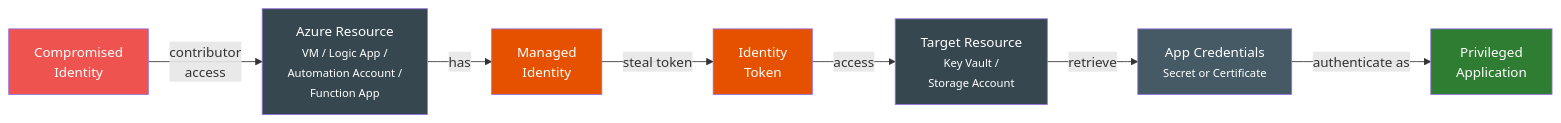
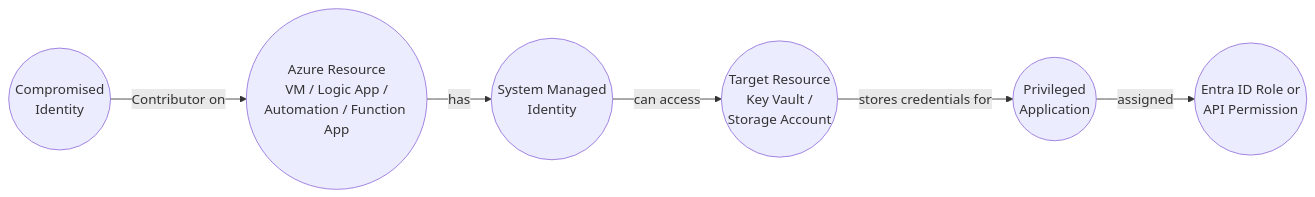
The first of 4 diagrams in docs/attack-paths/managed-identity-theft.md (mvelazc0/BadZure), drawn with Mermaid before and after one commit. The commit also changed other lines of this file and 5 other files, not shown here.

Commit message:
improving documentation graphs

````diff
--- a/docs/attack-paths/managed-identity-theft.md
+++ b/docs/attack-paths/managed-identity-theft.md
@@ -11,17 +11,8 @@
 ``` mermaid
 graph LR
-    A["Compromised<br/>Identity"] -->|"contributor<br/>access"| B["Azure Resource<br/><small>VM / Logic App /<br/>Automation Account /<br/>Function App</small>"]
-    B -->|"has"| C["Managed<br/>Identity"]
-    C -->|"steal token"| D["Identity<br/>Token"]
-    D -->|"access"| E["Target Resource<br/><small>Key Vault /<br/>Storage Account</small>"]
-    E -->|"retrieve"| F["App Credentials<br/><small>Secret or Certificate</small>"]
-    F -->|"authenticate as"| G["Privileged<br/>Application"]
-
-    style A fill:#ef5350,color:#fff
-    style B fill:#37474f,color:#fff
-    style C fill:#e65100,color:#fff
-    style D fill:#e65100,color:#fff
-    style E fill:#37474f,color:#fff
-    style F fill:#455a64,color:#fff
-    style G fill:#2e7d32,color:#fff
+    ID(("Compromised<br/>Identity")) -->|"Contributor on"| RES(("Azure Resource<br/>VM / Logic App /<br/>Automation / Function App"))
+    RES -->|"has"| MI(("System Managed<br/>Identity"))
+    MI -->|"can access"| TGT(("Target Resource<br/>Key Vault /<br/>Storage Account"))
+    TGT -->|"stores credentials for"| APP(("Privileged<br/>Application"))
+    APP -->|"assigned"| PRIV(("Entra ID Role or<br/>API Permission"))
 ```
````
